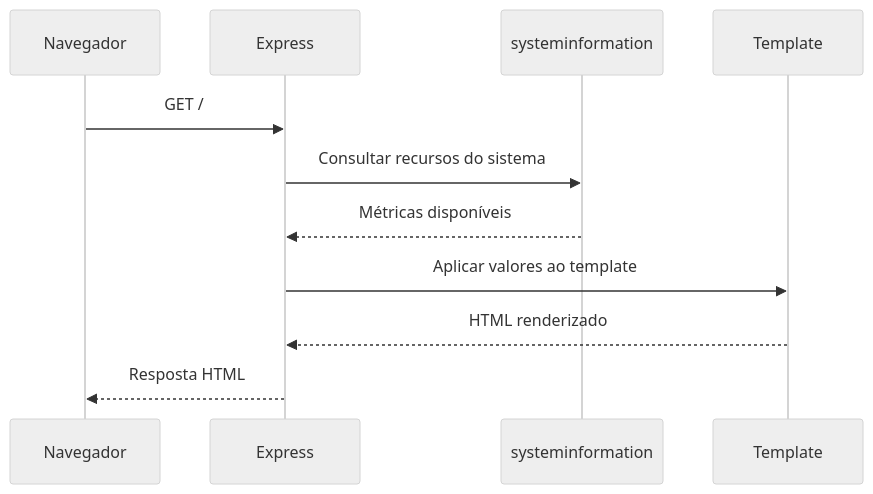
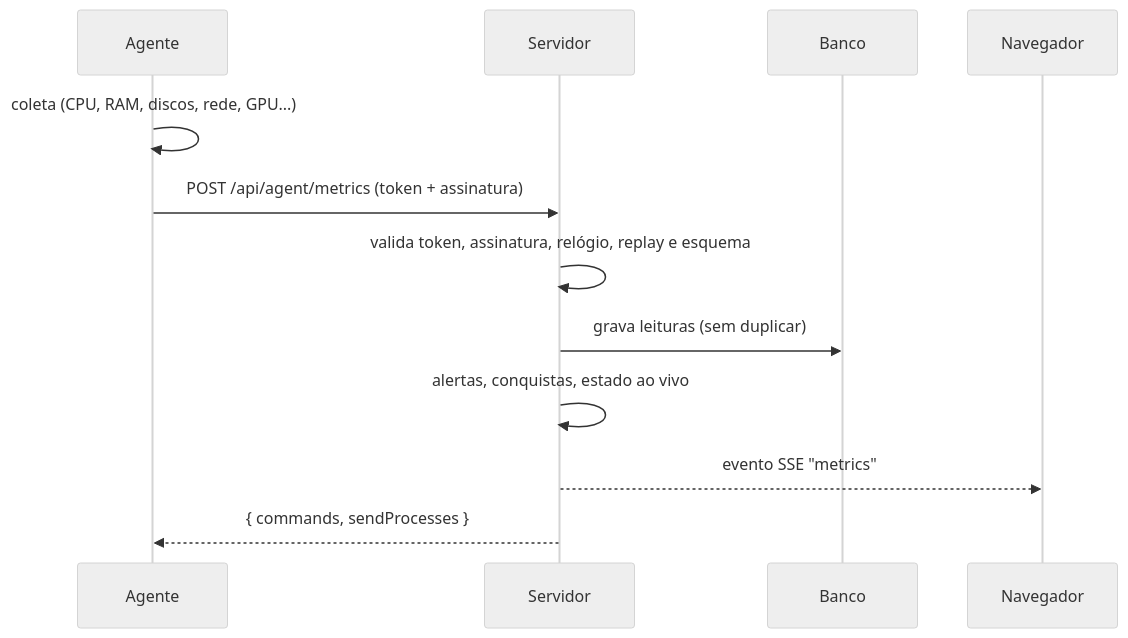
One commit to Milkaarz/Stardew-Monitor changed the second of 4 diagrams in docs/diagramas.md. Above: the diagram before and after it, drawn with Mermaid (neutral theme). The commit also changed other lines of this file and 139 other files, not shown here.

````diff
--- a/docs/diagramas.md
+++ b/docs/diagramas.md
@@ -22,14 +38,14 @@
 ```mermaid
 sequenceDiagram
-    participant N as Navegador
-    participant E as Express
-    participant S as systeminformation
-    participant T as Template
-
-    N->>E: GET /
-    E->>S: Consultar recursos do sistema
-    S-->>E: Métricas disponíveis
-    E->>T: Aplicar valores ao template
-    T-->>E: HTML renderizado
-    E-->>N: Resposta HTML
+  participant Ag as Agente
+  participant S as Servidor
+  participant DB as Banco
+  participant Nav as Navegador
+  Ag->>Ag: coleta (CPU, RAM, discos, rede, GPU...)
+  Ag->>S: POST /api/agent/metrics (token + assinatura)
+  S->>S: valida token, assinatura, relógio, replay e esquema
+  S->>DB: grava leituras (sem duplicar)
+  S->>S: alertas, conquistas, estado ao vivo
+  S-->>Nav: evento SSE "metrics"
+  S-->>Ag: { commands, sendProcesses }
 ```
````
